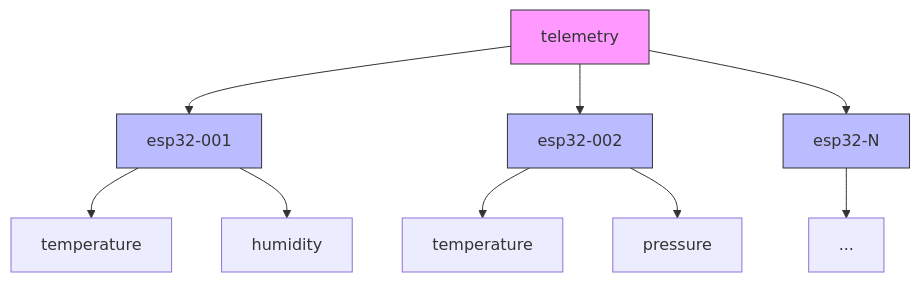
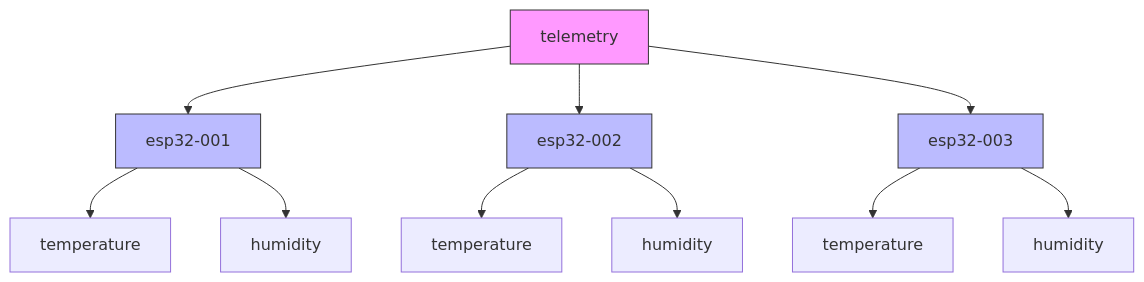
Before and after one commit to LukaIvekovic/iot-telemtry-processing: the fourth of 4 diagrams in architecture.md, drawn with Mermaid. The commit also changed other lines of this file and 16 other files, not shown here.

````diff
--- a/architecture.md
+++ b/architecture.md
@@ -80,17 +87,18 @@
 ```mermaid
 graph TD
     Root[telemetry] --> D1[esp32-001]
     Root --> D2[esp32-002]
-    Root --> DN[esp32-N]
+    Root --> D3[esp32-003]
 
     D1 --> D1T[temperature]
     D1 --> D1H[humidity]
     D2 --> D2T[temperature]
-    D2 --> D2P[pressure]
-    DN --> DNx[...]
+    D2 --> D2H[humidity]
+    D3 --> D3T[temperature]
+    D3 --> D3H[humidity]
 
     style Root fill:#f9f,stroke:#333
     style D1 fill:#bbf,stroke:#333
     style D2 fill:#bbf,stroke:#333
-    style DN fill:#bbf,stroke:#333
+    style D3 fill:#bbf,stroke:#333
 ```
````
